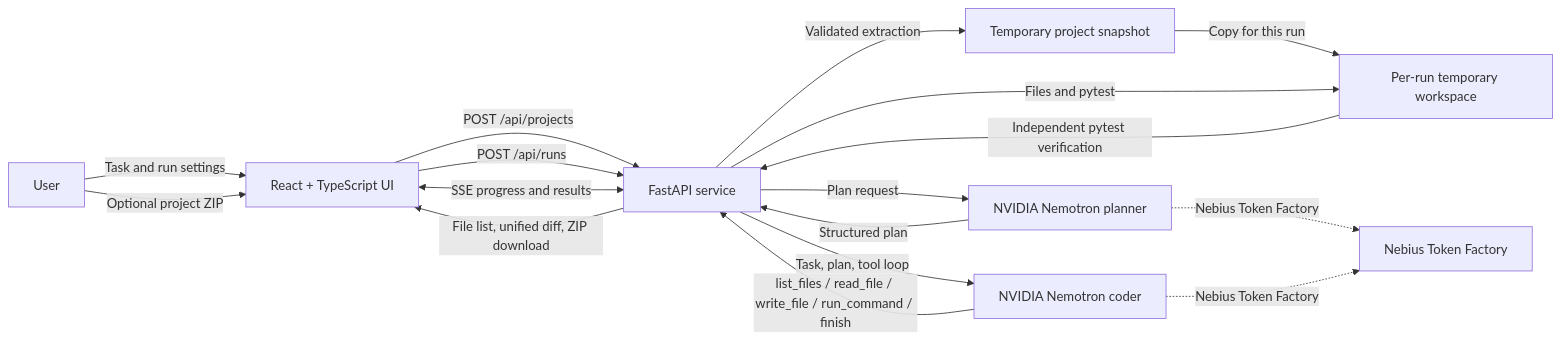
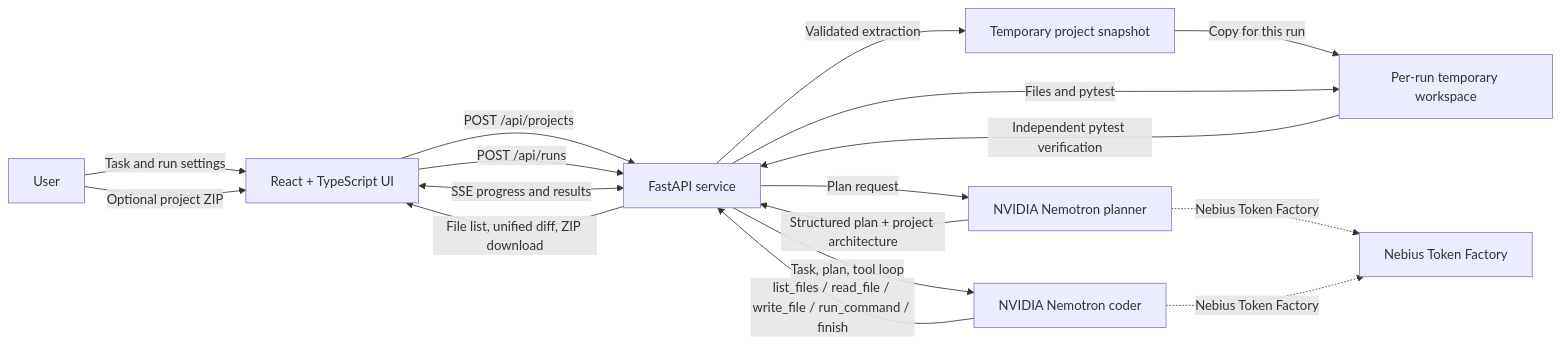
One commit to PrahasHegde/Patch_Pilot changed the diagram in README.md. Above: the diagram before and after it, drawn with Mermaid. The commit also changed other lines of this file and 6 other files, not shown here.

````diff
--- a/README.md
+++ b/README.md
@@ -40,19 +42,19 @@
 ```mermaid
 flowchart LR
     U[User] -->|Task and run settings| UI[React + TypeScript UI]
     U -->|Optional project ZIP| UI
     UI -->|POST /api/projects| API[FastAPI service]
     API -->|Validated extraction| S[Temporary project snapshot]
     UI -->|POST /api/runs| API[FastAPI service]
     UI <-->|SSE progress and results| API
     API -->|Plan request| P[NVIDIA Nemotron planner]
-    P -->|Structured plan| API
+    P -->|Structured plan + project architecture| API
     API -->|Task, plan, tool loop| C[NVIDIA Nemotron coder]
     C -->|list_files / read_file / write_file / run_command / finish| API
     S -->|Copy for this run| W[Per-run temporary workspace]
     API -->|Files and pytest| W
     W -->|Independent pytest verification| API
     API -->|File list, unified diff, ZIP download| UI
     P -. Nebius Token Factory .-> N[Nebius Token Factory]
     C -. Nebius Token Factory .-> N
 ```
````
